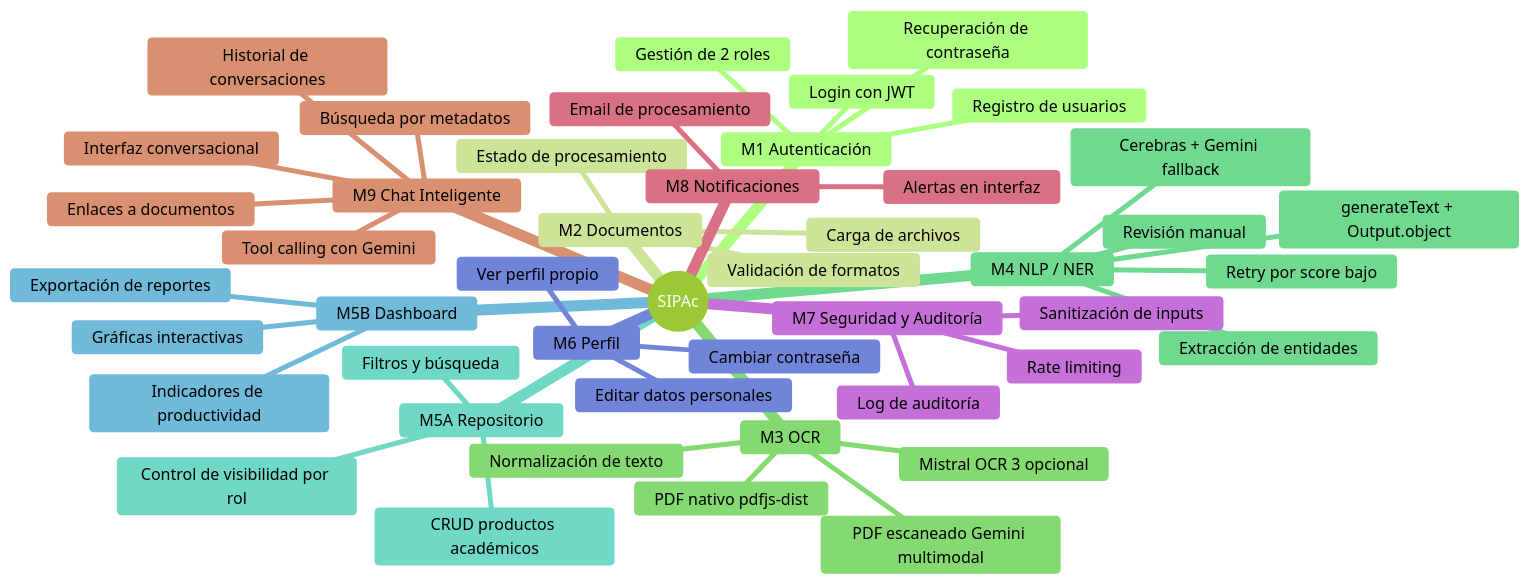
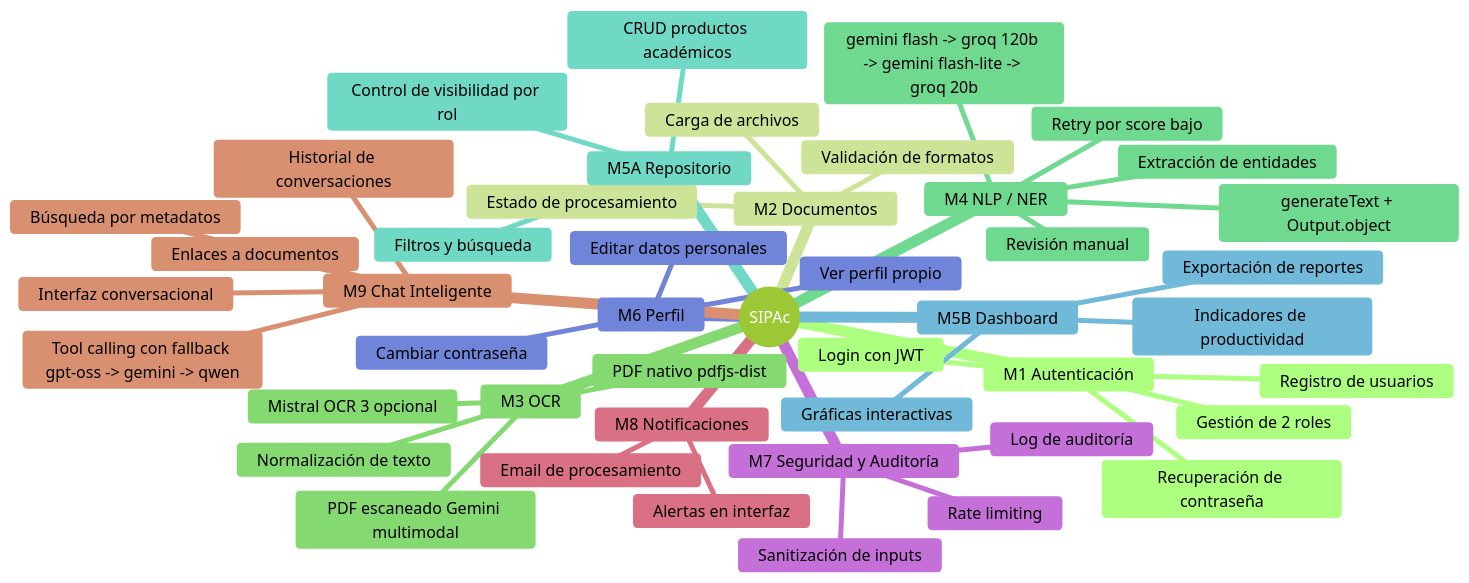
One commit to KarloZ7715/SIPAc changed the first of 3 diagrams in docs/analisis-diseno/documentacion/02-requisitos-funcionales.md. Above: the diagram before and after it, drawn with Mermaid (forest theme). The commit also changed other lines of this file and 4 other files, not shown here.

````diff
--- a/docs/analisis-diseno/documentacion/02-requisitos-funcionales.md
+++ b/docs/analisis-diseno/documentacion/02-requisitos-funcionales.md
@@ -82,52 +88,52 @@
 ```mermaid
 ---
 id: 37baaeb4-dadb-4c3c-bf5e-b237b92bd6ce
 ---
 mindmap
   root((SIPAc))
     M1 Autenticación
       Registro de usuarios
       Login con JWT
       Gestión de 2 roles
       Recuperación de contraseña
     M2 Documentos
       Carga de archivos
       Validación de formatos
       Estado de procesamiento
     M3 OCR
       PDF nativo pdfjs-dist
       PDF escaneado Gemini multimodal
       Mistral OCR 3 opcional
       Normalización de texto
     M4 NLP / NER
       generateText + Output.object
-      Cerebras + Gemini fallback
+      gemini flash -> groq 120b -> gemini flash-lite -> groq 20b
       Extracción de entidades
       Revisión manual
       Retry por score bajo
     M5A Repositorio
       CRUD productos académicos
       Filtros y búsqueda
       Control de visibilidad por rol
     M5B Dashboard
       Indicadores de productividad
       Gráficas interactivas
       Exportación de reportes
     M6 Perfil
       Ver perfil propio
       Editar datos personales
       Cambiar contraseña
     M7 Seguridad y Auditoría
       Sanitización de inputs
       Log de auditoría
       Rate limiting
     M8 Notificaciones
       Email de procesamiento
       Alertas en interfaz
     M9 Chat Inteligente
       Interfaz conversacional
       Búsqueda por metadatos
-      Tool calling con Gemini
+      Tool calling con fallback gpt-oss -> gemini -> qwen
       Historial de conversaciones
       Enlaces a documentos
 ```
````
